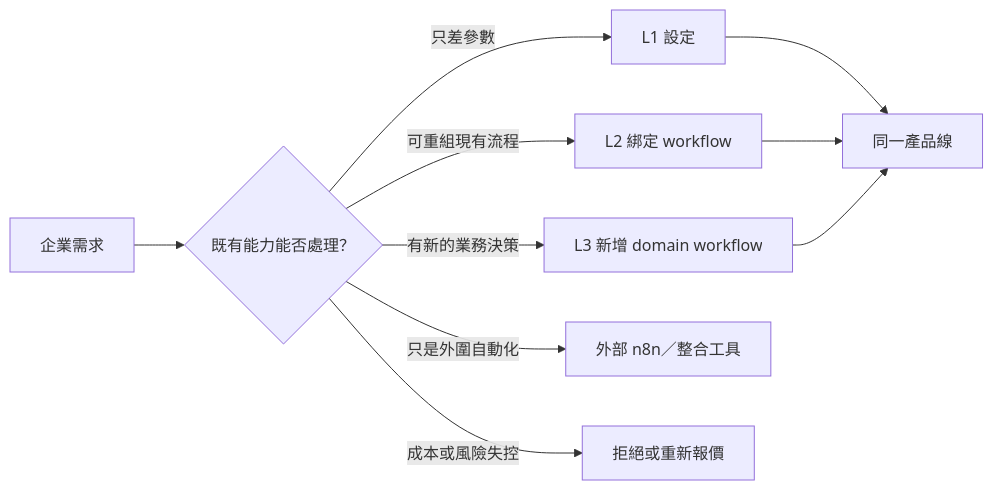
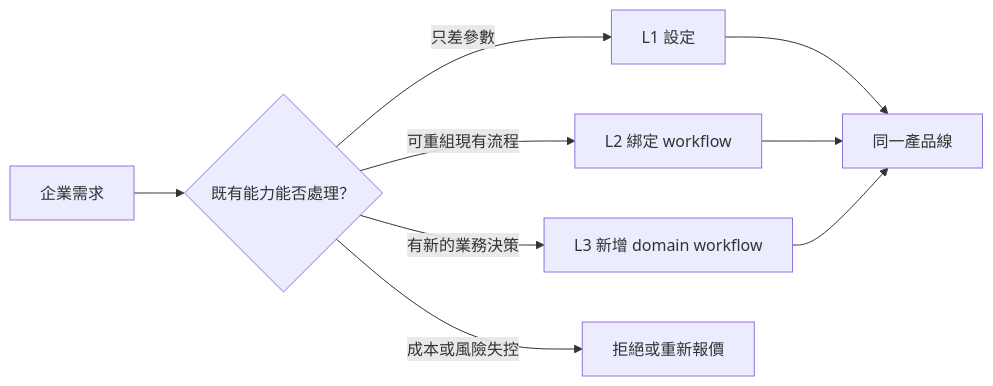
Before and after one commit to fanstudents/kv: the first of 3 diagrams in docs/ENTERPRISE_PRODUCTIZATION_STRATEGY.md, drawn with Mermaid. The commit also changed other lines of this file, not shown here.

````diff
--- a/docs/ENTERPRISE_PRODUCTIZATION_STRATEGY.md
+++ b/docs/ENTERPRISE_PRODUCTIZATION_STRATEGY.md
@@ -66,12 +66,11 @@
 ```mermaid
 flowchart LR
     Need["企業需求"] --> Fit{"既有能力能否處理？"}
     Fit -->|"只差參數"| L1["L1 設定"]
     Fit -->|"可重組現有流程"| L2["L2 綁定 workflow"]
     Fit -->|"有新的業務決策"| L3["L3 新增 domain workflow"]
-    Fit -->|"只是外圍自動化"| N8N["外部 n8n／整合工具"]
     Fit -->|"成本或風險失控"| Reject["拒絕或重新報價"]
     L1 --> Product["同一產品線"]
     L2 --> Product
     L3 --> Product
 ```
````
